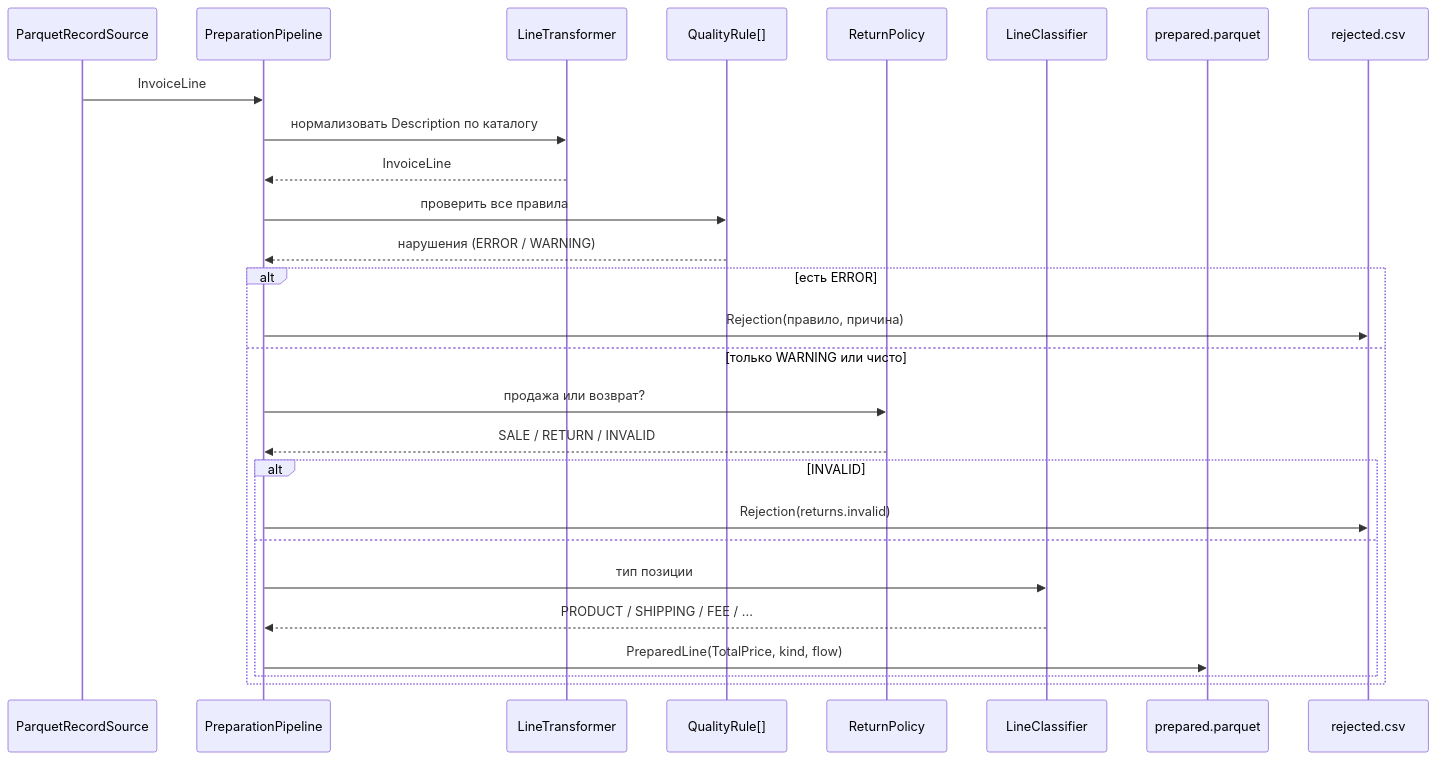
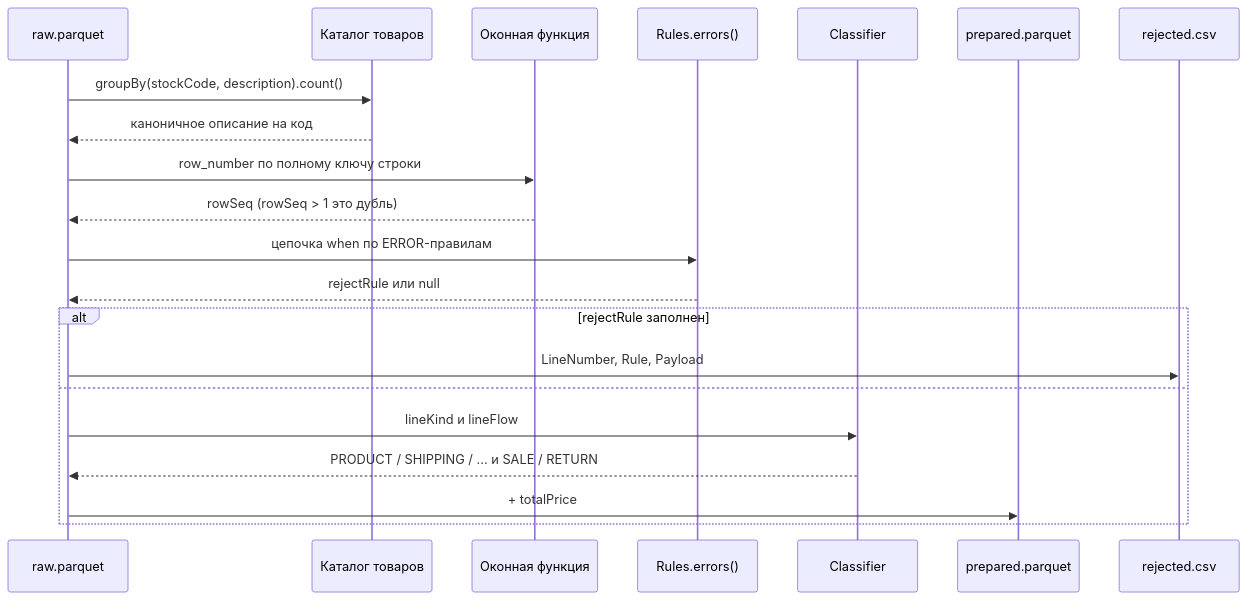
Before and after one commit to pochticeasar/data: the third of 4 diagrams in docs/ARCHITECTURE.md, drawn with Mermaid. The commit also changed other lines of this file and 78 other files, not shown here.

````diff
--- a/docs/ARCHITECTURE.md
+++ b/docs/ARCHITECTURE.md
@@ -173,30 +94,24 @@
 ```mermaid
 sequenceDiagram
-    participant S as ParquetRecordSource
-    participant P as PreparationPipeline
-    participant T as LineTransformer
-    participant R as QualityRule[]
-    participant RP as ReturnPolicy
-    participant C as LineClassifier
+    participant RAW as raw.parquet
+    participant CAT as Каталог товаров
+    participant W as Оконная функция
+    participant R as Rules.errors()
+    participant C as Classifier
     participant OK as prepared.parquet
     participant BAD as rejected.csv
 
-    S->>P: InvoiceLine
-    P->>T: нормализовать Description по каталогу
-    T-->>P: InvoiceLine
-    P->>R: проверить все правила
-    R-->>P: нарушения (ERROR / WARNING)
-    alt есть ERROR
-        P->>BAD: Rejection(правило, причина)
-    else только WARNING или чисто
-        P->>RP: продажа или возврат?
-        RP-->>P: SALE / RETURN / INVALID
-        alt INVALID
-            P->>BAD: Rejection(returns.invalid)
-        else
-            P->>C: тип позиции
-            C-->>P: PRODUCT / SHIPPING / FEE / ...
-            P->>OK: PreparedLine(TotalPrice, kind, flow)
-        end
+    RAW->>CAT: groupBy(stockCode, description).count()
+    CAT-->>RAW: каноничное описание на код
+    RAW->>W: row_number по полному ключу строки
+    W-->>RAW: rowSeq (rowSeq > 1 это дубль)
+    RAW->>R: цепочка when по ERROR-правилам
+    R-->>RAW: rejectRule или null
+    alt rejectRule заполнен
+        RAW->>BAD: LineNumber, Rule, Payload
+    else
+        RAW->>C: lineKind и lineFlow
+        C-->>RAW: PRODUCT / SHIPPING / ... и SALE / RETURN
+        RAW->>OK: + totalPrice
     end
 ```
````
